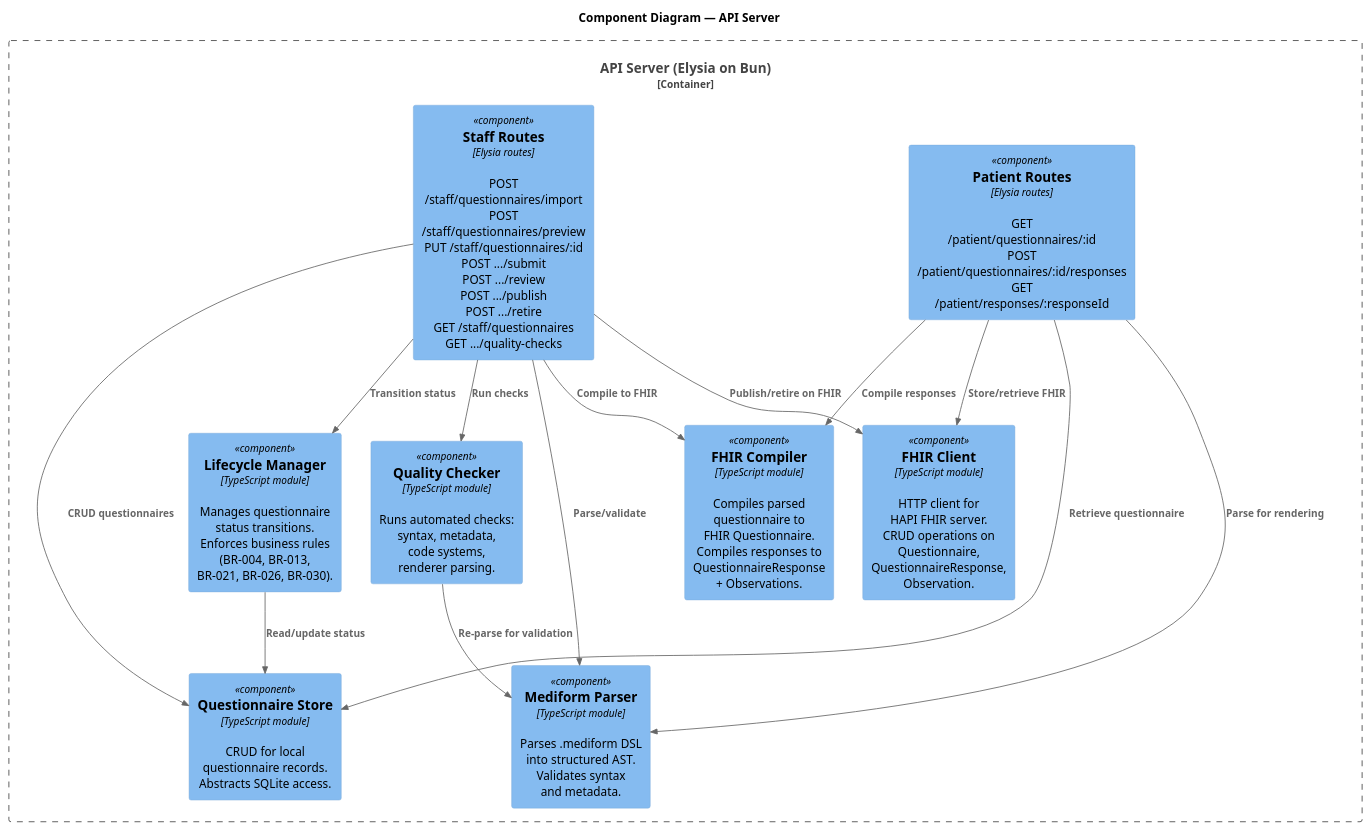
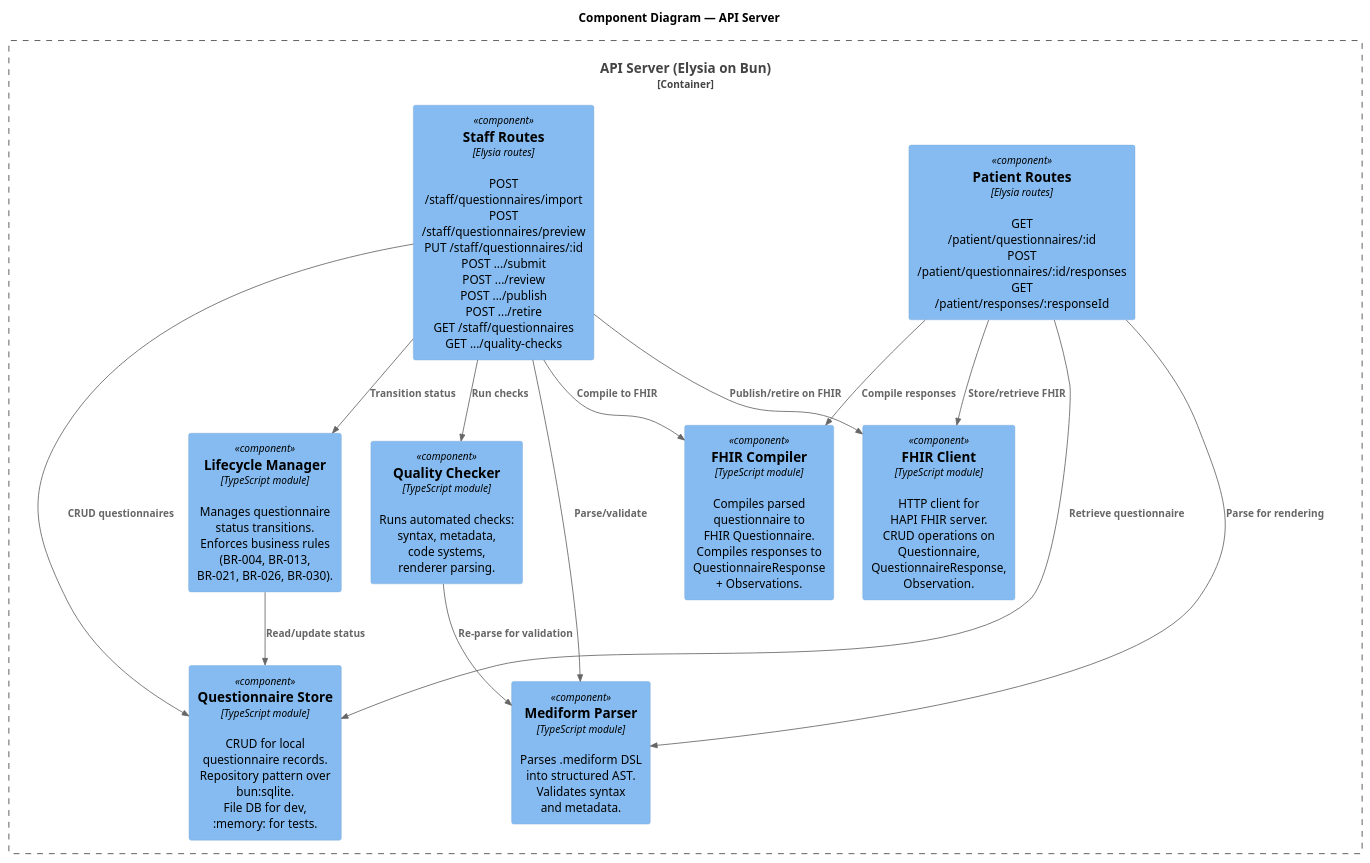
One commit to sebi-xitaso/mediform changed the fourth of 14 diagrams in src/docs/arc42/architecture.adoc. Above: the diagram before and after it, drawn with PlantUML. The commit also changed other lines of this file and 3 other files, not shown here.

```diff
--- a/src/docs/arc42/architecture.adoc
+++ b/src/docs/arc42/architecture.adoc
@@ -286,43 +297,43 @@
 [plantuml]
 ----
 @startuml
 !include <C4/C4_Component>
 
 title Component Diagram — API Server
 
 Container_Boundary(api, "API Server (Elysia on Bun)") {
 
   Component(patient_routes, "Patient Routes", "Elysia routes", "GET /patient/questionnaires/:id\nPOST /patient/questionnaires/:id/responses\nGET /patient/responses/:responseId")
 
   Component(staff_routes, "Staff Routes", "Elysia routes", "POST /staff/questionnaires/import\nPOST /staff/questionnaires/preview\nPUT /staff/questionnaires/:id\nPOST .../submit\nPOST .../review\nPOST .../publish\nPOST .../retire\nGET /staff/questionnaires\nGET .../quality-checks")
 
   Component(parser, "Mediform Parser", "TypeScript module", "Parses .mediform DSL\ninto structured AST.\nValidates syntax\nand metadata.")
 
   Component(compiler, "FHIR Compiler", "TypeScript module", "Compiles parsed\nquestionnaire to\nFHIR Questionnaire.\nCompiles responses to\nQuestionnaireResponse\n+ Observations.")
 
   Component(quality, "Quality Checker", "TypeScript module", "Runs automated checks:\nsyntax, metadata,\ncode systems,\nrenderer parsing.")
 
   Component(lifecycle, "Lifecycle Manager", "TypeScript module", "Manages questionnaire\nstatus transitions.\nEnforces business rules\n(BR-004, BR-013,\nBR-021, BR-026, BR-030).")
 
   Component(fhir_client, "FHIR Client", "TypeScript module", "HTTP client for\nHAPI FHIR server.\nCRUD operations on\nQuestionnaire,\nQuestionnaireResponse,\nObservation.")
 
-  Component(store, "Questionnaire Store", "TypeScript module", "CRUD for local\nquestionnaire records.\nAbstracts SQLite access.")
+  Component(store, "Questionnaire Store", "TypeScript module", "CRUD for local\nquestionnaire records.\nRepository pattern over\nbun:sqlite.\nFile DB for dev,\n:memory: for tests.")
 }
 
 Rel(patient_routes, parser, "Parse for rendering")
 Rel(patient_routes, compiler, "Compile responses")
 Rel(patient_routes, fhir_client, "Store/retrieve FHIR")
 Rel(patient_routes, store, "Retrieve questionnaire")
 
 Rel(staff_routes, parser, "Parse/validate")
 Rel(staff_routes, compiler, "Compile to FHIR")
 Rel(staff_routes, quality, "Run checks")
 Rel(staff_routes, lifecycle, "Transition status")
 Rel(staff_routes, fhir_client, "Publish/retire on FHIR")
 Rel(staff_routes, store, "CRUD questionnaires")
 
 Rel(lifecycle, store, "Read/update status")
 Rel(quality, parser, "Re-parse for validation")
 
 @enduml
 ----
```
